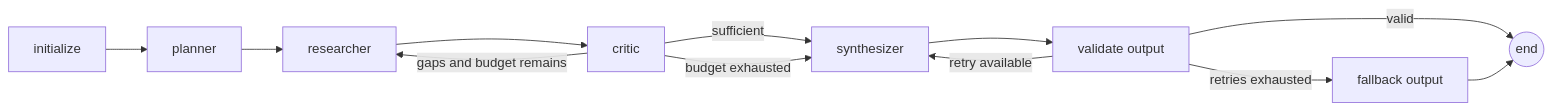
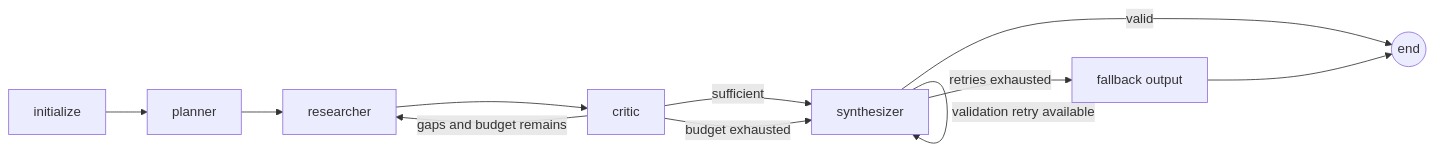
One commit to tgallie/multi-agent-research-assistant changed the diagram in DESIGN.md. Above: the diagram before and after it, drawn with Mermaid. The commit also changed other lines of this file and 2 other files, not shown here.

````diff
--- a/DESIGN.md
+++ b/DESIGN.md
@@ -14,14 +14,13 @@
 ```mermaid
 flowchart LR
     I[initialize] --> P[planner]
     P --> R[researcher]
     R --> C[critic]
     C -->|sufficient| S[synthesizer]
     C -->|gaps and budget remains| R
     C -->|budget exhausted| S
-    S --> V[validate output]
-    V -->|valid| E((end))
-    V -->|retry available| S
-    V -->|retries exhausted| F[fallback output]
+    S -->|valid| E((end))
+    S -->|validation retry available| S
+    S -->|retries exhausted| F[fallback output]
     F --> E
 ```
````
